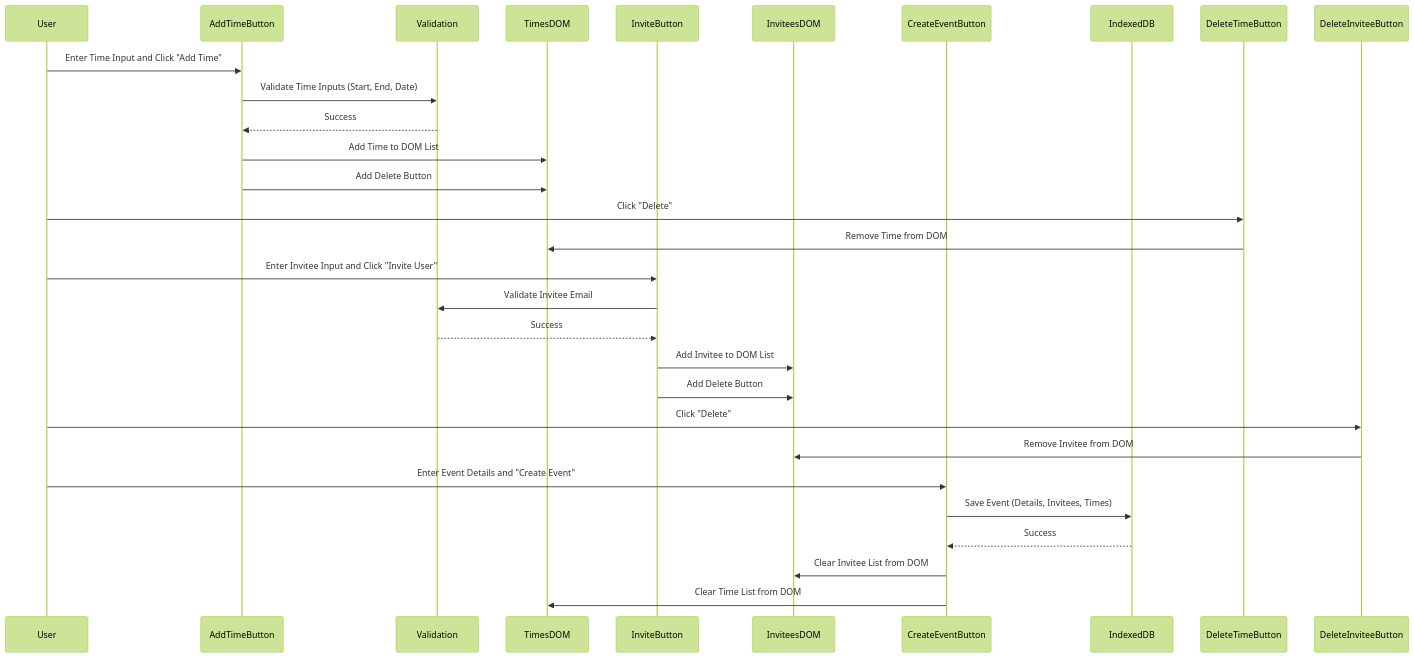
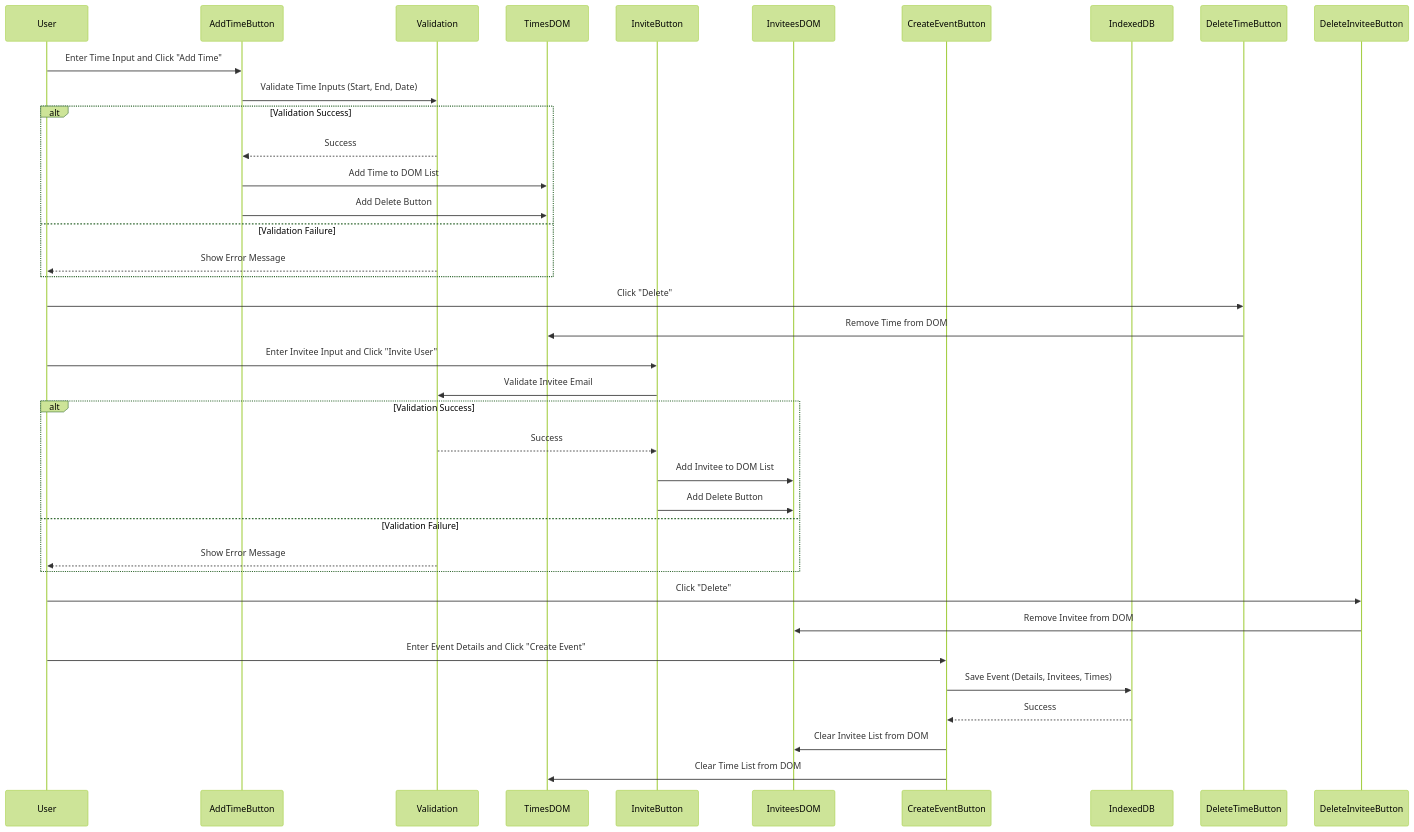
One commit to alishasrivas/Coordin8 changed the diagram in team/m3/joshua-swaida/feature-sequence-diagram.md. Above: the diagram before and after it, drawn with Mermaid (forest theme). The commit also changed other lines of this file, not shown here.

Commit message:
Added failed validation scenarios to my sequence diagram

````diff
--- a/team/m3/joshua-swaida/feature-sequence-diagram.md
+++ b/team/m3/joshua-swaida/feature-sequence-diagram.md
@@ -3,36 +4,44 @@
 ```mermaid
 sequenceDiagram
     participant User
     participant AddTimeButton
     participant Validation
     participant TimesDOM
     participant InviteButton
     participant InviteesDOM
     participant CreateEventButton
     participant IndexedDB
 
     %% Adding Times
     User->>AddTimeButton: Enter Time Input and Click "Add Time"
     AddTimeButton->>Validation: Validate Time Inputs (Start, End, Date)
-    Validation-->>AddTimeButton: Success
-    AddTimeButton->>TimesDOM: Add Time to DOM List
-    AddTimeButton->>TimesDOM: Add Delete Button
+    alt Validation Success
+        Validation-->>AddTimeButton: Success
+        AddTimeButton->>TimesDOM: Add Time to DOM List
+        AddTimeButton->>TimesDOM: Add Delete Button
+    else Validation Failure
+        Validation-->>User: Show Error Message
+    end
     User->>DeleteTimeButton: Click "Delete"
     DeleteTimeButton->>TimesDOM: Remove Time from DOM
 
     %% Adding Invitees
     User->>InviteButton: Enter Invitee Input and Click "Invite User"
     InviteButton->>Validation: Validate Invitee Email
-    Validation-->>InviteButton: Success
-    InviteButton->>InviteesDOM: Add Invitee to DOM List
-    InviteButton->>InviteesDOM: Add Delete Button
+    alt Validation Success
+        Validation-->>InviteButton: Success
+        InviteButton->>InviteesDOM: Add Invitee to DOM List
+        InviteButton->>InviteesDOM: Add Delete Button
+    else Validation Failure
+        Validation-->>User: Show Error Message
+    end
     User->>DeleteInviteeButton: Click "Delete"
     DeleteInviteeButton->>InviteesDOM: Remove Invitee from DOM
 
     %% Creating Event
-    User->>CreateEventButton: Enter Event Details and "Create Event"
+    User->>CreateEventButton: Enter Event Details and Click "Create Event"
     CreateEventButton->>IndexedDB: Save Event (Details, Invitees, Times)
     IndexedDB-->>CreateEventButton: Success
     CreateEventButton->>InviteesDOM: Clear Invitee List from DOM
     CreateEventButton->>TimesDOM: Clear Time List from DOM
 ```
````
